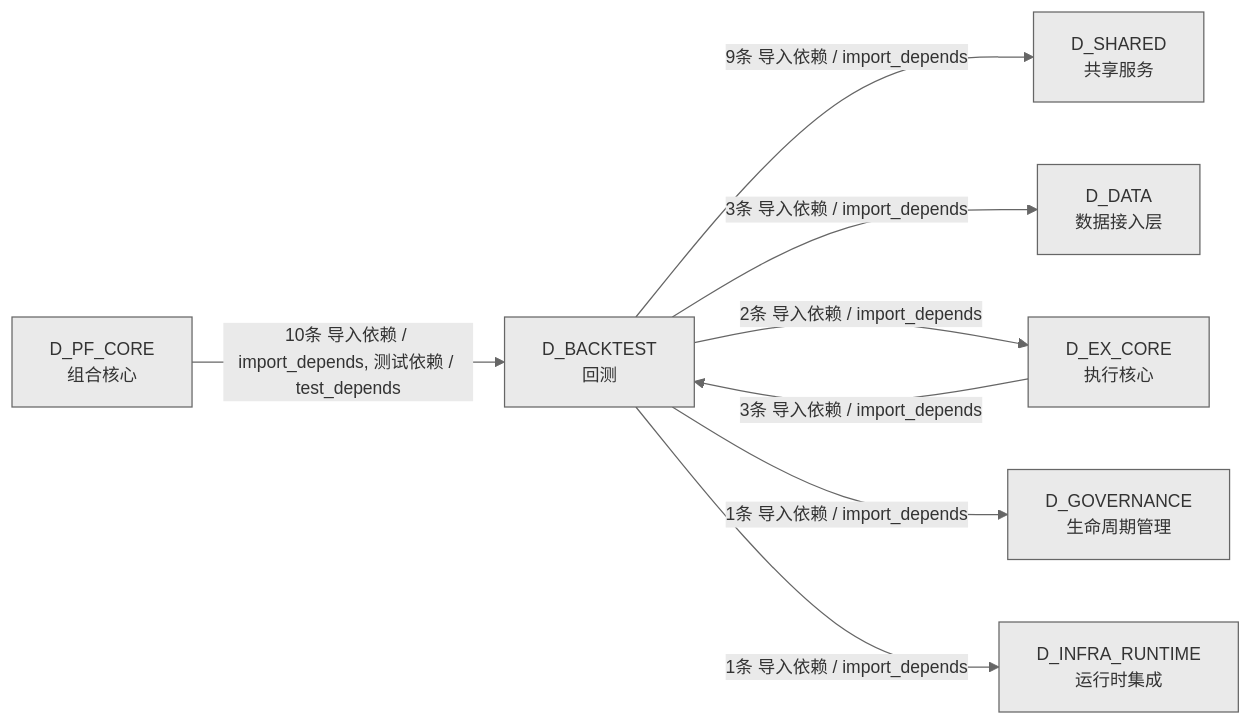
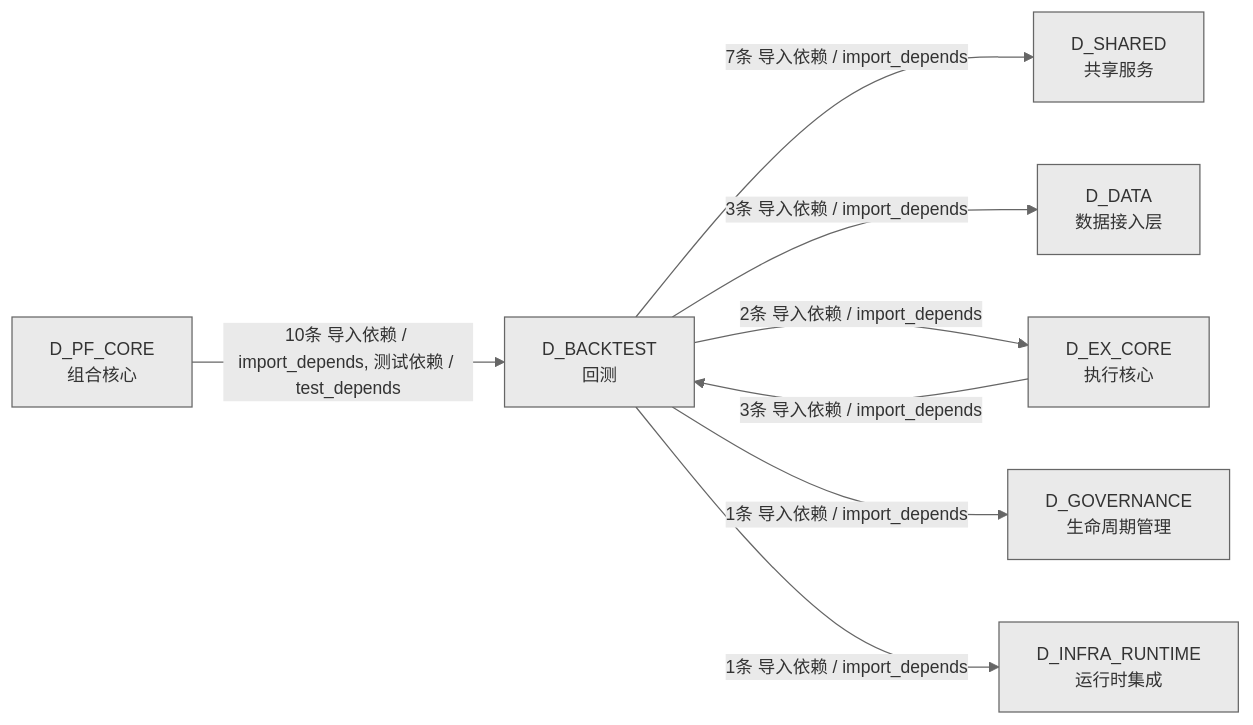
One commit to xuanFelixVan/ZephyrAlpha changed the fourth of 4 diagrams in docs/02_enterprise_architecture/02_domain_architecture_docs/35_d_backtest.md. Above: the diagram before and after it, drawn with Mermaid. The commit also changed other lines of this file and 186 other files, not shown here.

````diff
--- a/docs/02_enterprise_architecture/02_domain_architecture_docs/35_d_backtest.md
+++ b/docs/02_enterprise_architecture/02_domain_architecture_docs/35_d_backtest.md
@@ -364,18 +346,18 @@
 ```mermaid
 %%{init: {'theme': 'base', 'themeVariables': {'primaryColor': '#eaeaea', 'primaryTextColor': '#333333', 'primaryBorderColor': '#666666', 'lineColor': '#666666', 'secondaryColor': '#eaeaea', 'tertiaryColor': '#eaeaea', 'fontSize': '14px'}}}%%
 graph LR
     D_BACKTEST["D_BACKTEST<br/>回测"]
     D_SHARED["D_SHARED<br/>共享服务"]
     D_DATA["D_DATA<br/>数据接入层"]
     D_EX_CORE["D_EX_CORE<br/>执行核心"]
     D_GOVERNANCE["D_GOVERNANCE<br/>生命周期管理"]
     D_INFRA_RUNTIME["D_INFRA_RUNTIME<br/>运行时集成"]
     D_PF_CORE["D_PF_CORE<br/>组合核心"]
-    D_BACKTEST -->|9条 导入依赖 / import_depends| D_SHARED
+    D_BACKTEST -->|7条 导入依赖 / import_depends| D_SHARED
     D_BACKTEST -->|3条 导入依赖 / import_depends| D_DATA
     D_BACKTEST -->|2条 导入依赖 / import_depends| D_EX_CORE
     D_BACKTEST -->|1条 导入依赖 / import_depends| D_GOVERNANCE
     D_BACKTEST -->|1条 导入依赖 / import_depends| D_INFRA_RUNTIME
     D_PF_CORE -->|10条 导入依赖 / import_depends, 测试依赖 / test_depends| D_BACKTEST
     D_EX_CORE -->|3条 导入依赖 / import_depends| D_BACKTEST
 ```
````
